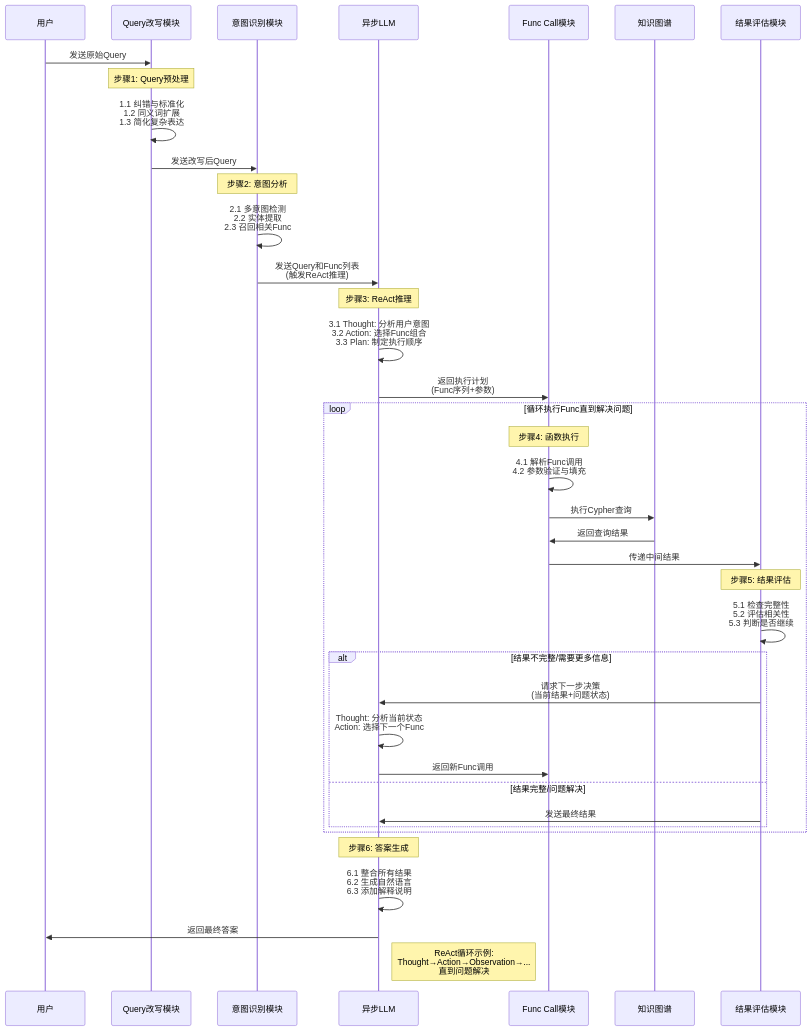
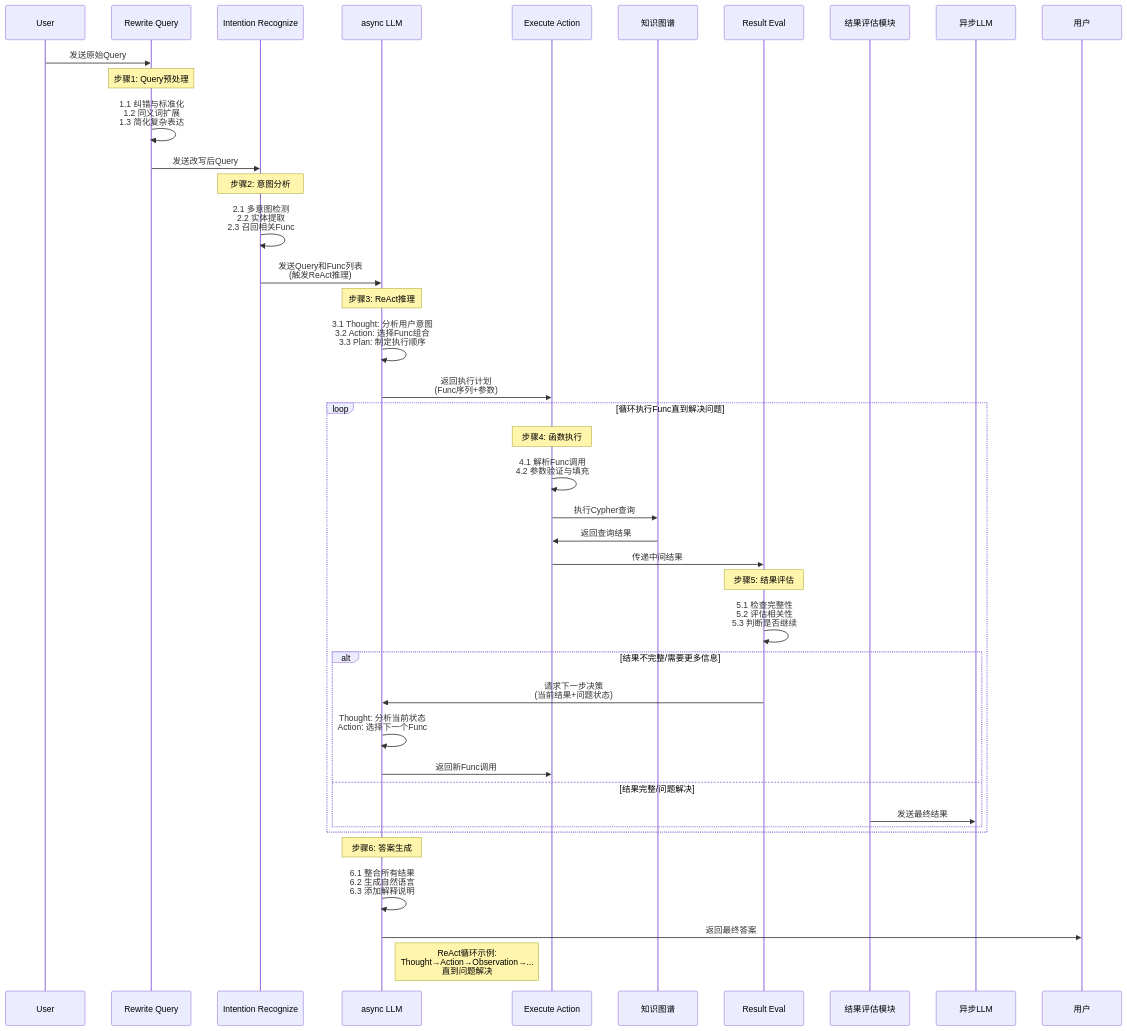
The first of 3 diagrams in README.md (2Elian/RailMind), drawn with Mermaid before and after one commit. The commit also changed other lines of this file, not shown here.

Commit message:
docs[README]: 更新Framework的图

````diff
--- a/README.md
+++ b/README.md
@@ -10,51 +10,51 @@
 ```mermaid
 sequenceDiagram
-    participant 用户
-    participant Query改写模块
-    participant 意图识别模块
-    participant 异步LLM
-    participant Func Call模块
+    participant User
+    participant Rewrite Query
+    participant Intention Recognize
+    participant async LLM
+    participant Execute Action
     participant 知识图谱
-    participant 结果评估模块
+    participant Result Eval
 
-    用户->>Query改写模块: 发送原始Query
+    User->>Rewrite Query: 发送原始Query
     
-    Note over Query改写模块: 步骤1: Query预处理
-    Query改写模块->>Query改写模块: 1.1 纠错与标准化<br/>1.2 同义词扩展<br/>1.3 简化复杂表达
-    Query改写模块->>意图识别模块: 发送改写后Query
+    Note over Rewrite Query: 步骤1: Query预处理
+    Rewrite Query->>Rewrite Query: 1.1 纠错与标准化<br/>1.2 同义词扩展<br/>1.3 简化复杂表达
+    Rewrite Query->>Intention Recognize: 发送改写后Query
     
-    Note over 意图识别模块: 步骤2: 意图分析
-    意图识别模块->>意图识别模块: 2.1 多意图检测<br/>2.2 实体提取<br/>2.3 召回相关Func
-    意图识别模块->>异步LLM: 发送Query和Func列表<br/>(触发ReAct推理)
+    Note over Intention Recognize: 步骤2: 意图分析
+    Intention Recognize->>Intention Recognize: 2.1 多意图检测<br/>2.2 实体提取<br/>2.3 召回相关Func
+    Intention Recognize->>async LLM: 发送Query和Func列表<br/>(触发ReAct推理)
     
-    Note over 异步LLM: 步骤3: ReAct推理
-    异步LLM->>异步LLM: 3.1 Thought: 分析用户意图<br/>3.2 Action: 选择Func组合<br/>3.3 Plan: 制定执行顺序
-    异步LLM->>Func Call模块: 返回执行计划<br/>(Func序列+参数)
+    Note over async LLM: 步骤3: ReAct推理
+    async LLM->>async LLM: 3.1 Thought: 分析用户意图<br/>3.2 Action: 选择Func组合<br/>3.3 Plan: 制定执行顺序
+    async LLM->>Execute Action: 返回执行计划<br/>(Func序列+参数)
     
     loop 循环执行Func直到解决问题
-        Note over Func Call模块: 步骤4: 函数执行
-        Func Call模块->>Func Call模块: 4.1 解析Func调用<br/>4.2 参数验证与填充
-        Func Call模块->>知识图谱: 执行Cypher查询
+        Note over Execute Action: 步骤4: 函数执行
+        Execute Action->>Execute Action: 4.1 解析Func调用<br/>4.2 参数验证与填充
+        Execute Action->>知识图谱: 执行Cypher查询
         
-        知识图谱->>Func Call模块: 返回查询结果
+        知识图谱->>Execute Action: 返回查询结果
         
-        Func Call模块->>结果评估模块: 传递中间结果
+        Execute Action->>Result Eval: 传递中间结果
         
-        Note over 结果评估模块: 步骤5: 结果评估
-        结果评估模块->>结果评估模块: 5.1 检查完整性<br/>5.2 评估相关性<br/>5.3 判断是否继续
+        Note over Result Eval: 步骤5: 结果评估
+        Result Eval->>Result Eval: 5.1 检查完整性<br/>5.2 评估相关性<br/>5.3 判断是否继续
         
         alt 结果不完整/需要更多信息
-            结果评估模块->>异步LLM: 请求下一步决策<br/>(当前结果+问题状态)
-            异步LLM->>异步LLM: Thought: 分析当前状态<br/>Action: 选择下一个Func
-            异步LLM->>Func Call模块: 返回新Func调用
+            Result Eval->>async LLM: 请求下一步决策<br/>(当前结果+问题状态)
+            async LLM->>async LLM: Thought: 分析当前状态<br/>Action: 选择下一个Func
+            async LLM->>Execute Action: 返回新Func调用
         else 结果完整/问题解决
             结果评估模块->>异步LLM: 发送最终结果
         end
     end
     
-    Note over 异步LLM: 步骤6: 答案生成
-    异步LLM->>异步LLM: 6.1 整合所有结果<br/>6.2 生成自然语言<br/>6.3 添加解释说明
-    异步LLM->>用户: 返回最终答案
+    Note over async LLM: 步骤6: 答案生成
+    async LLM->>async LLM: 6.1 整合所有结果<br/>6.2 生成自然语言<br/>6.3 添加解释说明
+    async LLM->>用户: 返回最终答案
     
-    Note right of 异步LLM: ReAct循环示例:<br/>Thought→Action→Observation→...<br/>直到问题解决
+    Note right of async LLM: ReAct循环示例:<br/>Thought→Action→Observation→...<br/>直到问题解决
 ```
````
